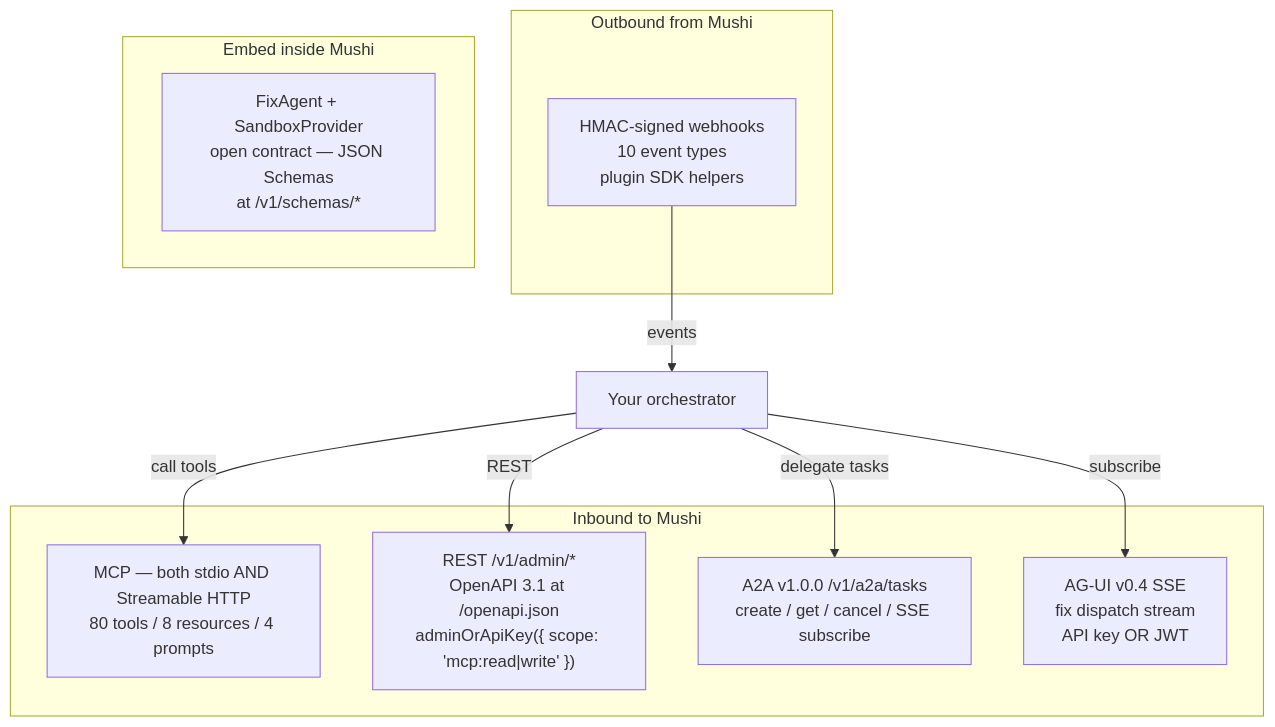
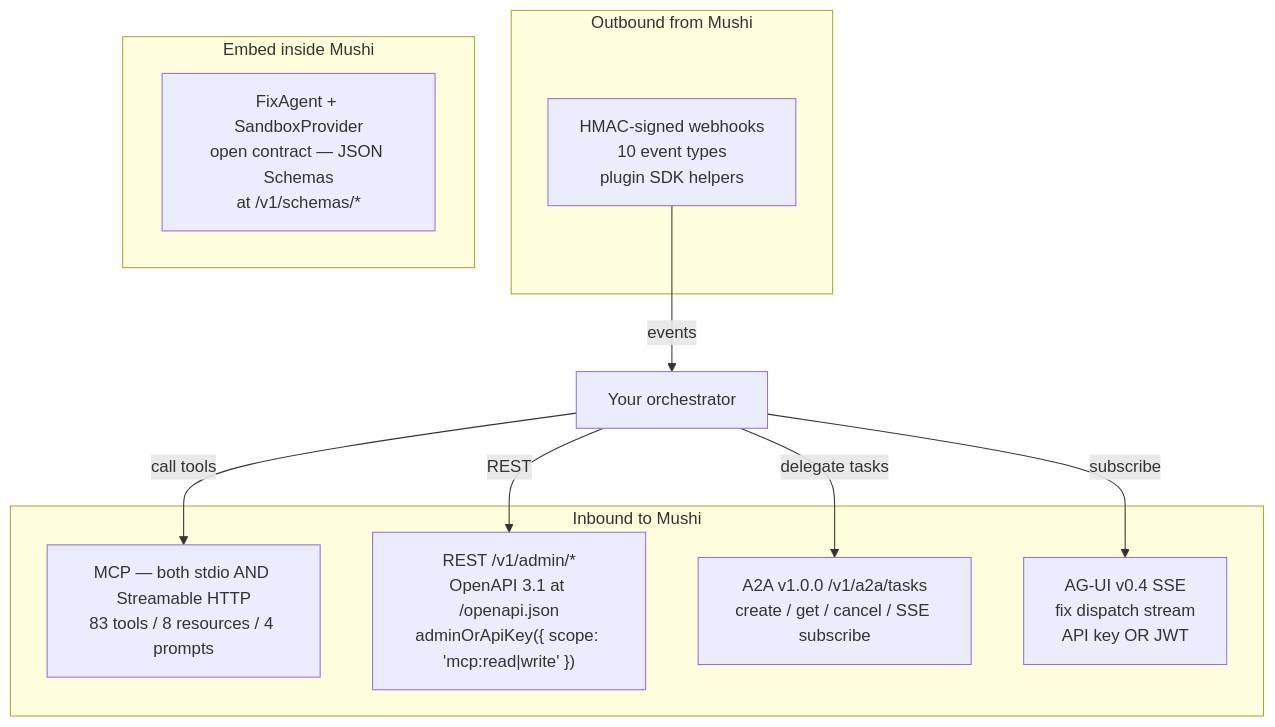
Before and after one commit to kensaurus/mushi-mushi: the diagram in apps/docs/content/concepts/orchestrator-interop.mdx, drawn with Mermaid. The commit also changed other lines of this file and 22 other files, not shown here.

````diff
--- a/apps/docs/content/concepts/orchestrator-interop.mdx
+++ b/apps/docs/content/concepts/orchestrator-interop.mdx
@@ -32,20 +32,20 @@
 ```mermaid
 flowchart TB
   subgraph Inbound["Inbound to Mushi"]
-    MCP["MCP — both stdio AND Streamable HTTP<br/>80 tools / 8 resources / 4 prompts"]
+    MCP["MCP — both stdio AND Streamable HTTP<br/>83 tools / 8 resources / 4 prompts"]
     REST["REST /v1/admin/*<br/>OpenAPI 3.1 at /openapi.json<br/>adminOrApiKey({ scope: 'mcp:read|write' })"]
     A2A["A2A v1.0.0 /v1/a2a/tasks<br/>create / get / cancel / SSE subscribe"]
     AGUI["AG-UI v0.4 SSE<br/>fix dispatch stream<br/>API key OR JWT"]
   end
   subgraph Outbound["Outbound from Mushi"]
     Hooks["HMAC-signed webhooks<br/>10 event types<br/>plugin SDK helpers"]
   end
   subgraph Native["Embed inside Mushi"]
     FA["FixAgent + SandboxProvider<br/>open contract — JSON Schemas<br/>at /v1/schemas/*"]
   end
   Orch["Your orchestrator"] -->|"call tools"| MCP
   Orch -->|"REST"| REST
   Orch -->|"delegate tasks"| A2A
   Orch -->|"subscribe"| AGUI
   Hooks -->|"events"| Orch
 ```
````
